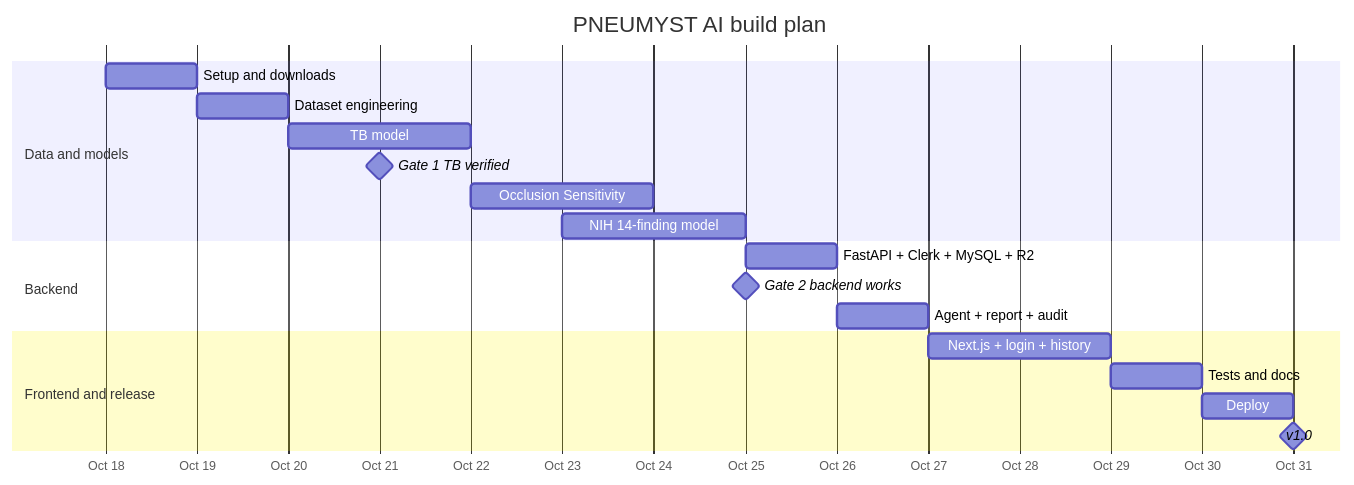
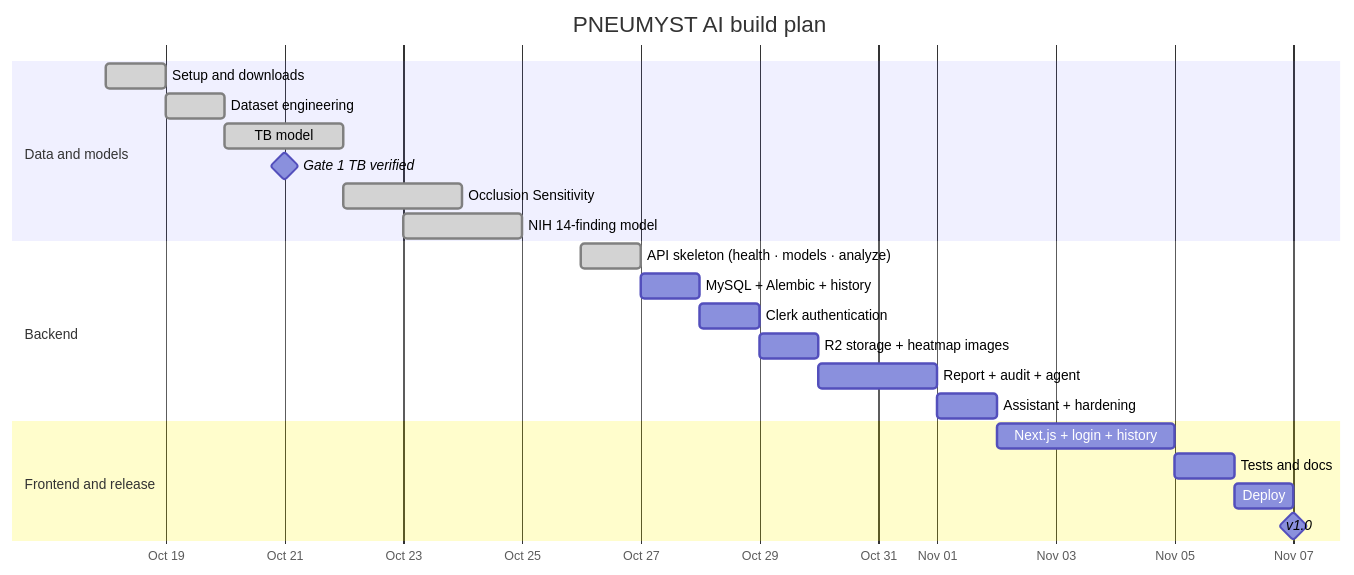
The fifth of 5 diagrams in README.md (Fy1zN/pneumyst-ai), drawn with Mermaid before and after one commit. The commit also changed other lines of this file and 1 other file, not shown here.

First line of the commit message:
Document backend step 1 and the assistant agent design

````diff
--- a/README.md
+++ b/README.md
@@ -827,22 +832,25 @@
 ```mermaid
 gantt
     title PNEUMYST AI build plan
     dateFormat YYYY-MM-DD
     axisFormat %b %d
     section Data and models
-    Setup and downloads          :a1, 2026-10-18, 1d
-    Dataset engineering          :a2, 2026-10-19, 1d
-    TB model                     :a3, 2026-10-20, 2d
+    Setup and downloads          :done, a1, 2026-10-18, 1d
+    Dataset engineering          :done, a2, 2026-10-19, 1d
+    TB model                     :done, a3, 2026-10-20, 2d
     Gate 1 TB verified           :milestone, 2026-10-21, 0d
-    Occlusion Sensitivity        :a4, 2026-10-22, 2d
-    NIH 14-finding model         :a5, 2026-10-23, 2d
+    Occlusion Sensitivity        :done, a4, 2026-10-22, 2d
+    NIH 14-finding model         :done, a5, 2026-10-23, 2d
     section Backend
-    FastAPI + Clerk + MySQL + R2 :b1, 2026-10-25, 1d
-    Gate 2 backend works         :milestone, 2026-10-25, 0d
-    Agent + report + audit       :b2, 2026-10-26, 1d
+    API skeleton (health · models · analyze) :done, b1, 2026-10-26, 1d
+    MySQL + Alembic + history    :b2, 2026-10-27, 1d
+    Clerk authentication         :b3, after b2, 1d
+    R2 storage + heatmap images  :b4, after b3, 1d
+    Report + audit + agent       :b5, after b4, 2d
+    Assistant + hardening        :b6, after b5, 1d
     section Frontend and release
-    Next.js + login + history    :c1, 2026-10-27, 2d
-    Tests and docs               :c2, 2026-10-29, 1d
-    Deploy                       :c3, 2026-10-30, 1d
-    v1.0                         :milestone, 2026-10-31, 0d
+    Next.js + login + history    :c1, after b6, 3d
+    Tests and docs               :c2, after c1, 1d
+    Deploy                       :c3, after c2, 1d
+    v1.0                         :milestone, after c3, 0d
 ```
````
